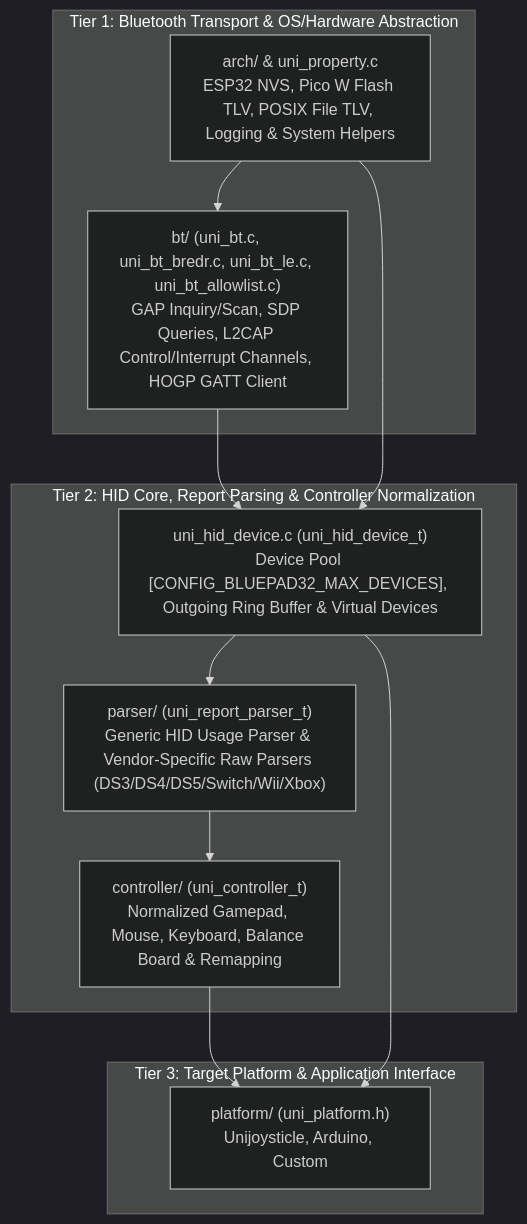
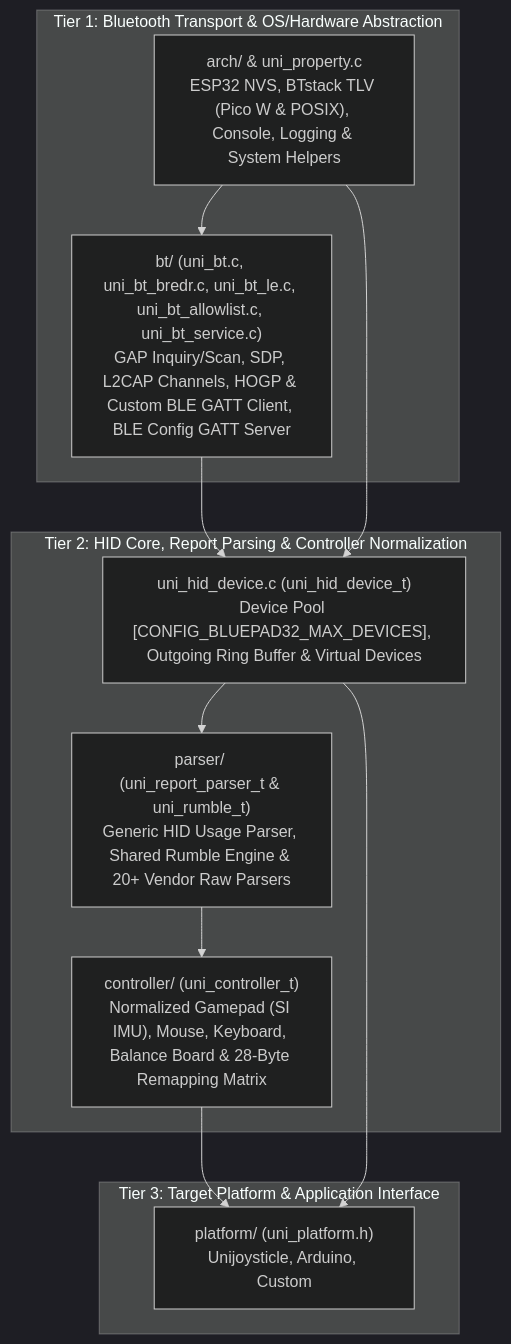
The first of 3 diagrams in docs/architecture.md (ricardoquesada/bluepad32), drawn with Mermaid (dark theme) before and after one commit. The commit also changed other lines of this file, not shown here.

Commit message:
update architecture with v5.0 changes

````diff
--- a/docs/architecture.md
+++ b/docs/architecture.md
@@ -65,25 +65,25 @@
 ```mermaid
 flowchart TB
     subgraph Tier3["Tier 3: Target Platform & Application Interface"]
         PLAT["platform/ (uni_platform.h)<br/>Unijoysticle, Arduino, Custom"]
     end
 
     subgraph Tier2["Tier 2: HID Core, Report Parsing & Controller Normalization"]
-        CTL["controller/ (uni_controller_t)<br/>Normalized Gamepad, Mouse, Keyboard, Balance Board & Remapping"]
-        PAR["parser/ (uni_report_parser_t)<br/>Generic HID Usage Parser & Vendor-Specific Raw Parsers (DS3/DS4/DS5/Switch/Wii/Xbox)"]
+        CTL["controller/ (uni_controller_t)<br/>Normalized Gamepad (SI IMU), Mouse, Keyboard, Balance Board & 28-Byte Remapping Matrix"]
+        PAR["parser/ (uni_report_parser_t & uni_rumble_t)<br/>Generic HID Usage Parser, Shared Rumble Engine & 20+ Vendor Raw Parsers"]
         DEV["uni_hid_device.c (uni_hid_device_t)<br/>Device Pool [CONFIG_BLUEPAD32_MAX_DEVICES], Outgoing Ring Buffer & Virtual Devices"]
     end
 
     subgraph Tier1["Tier 1: Bluetooth Transport & OS/Hardware Abstraction"]
-        BT["bt/ (uni_bt.c, uni_bt_bredr.c, uni_bt_le.c, uni_bt_allowlist.c)<br/>GAP Inquiry/Scan, SDP Queries, L2CAP Control/Interrupt Channels, HOGP GATT Client"]
-        ARCH["arch/ & uni_property.c<br/>ESP32 NVS, Pico W Flash TLV, POSIX File TLV, Logging & System Helpers"]
+        BT["bt/ (uni_bt.c, uni_bt_bredr.c, uni_bt_le.c, uni_bt_allowlist.c, uni_bt_service.c)<br/>GAP Inquiry/Scan, SDP, L2CAP Channels, HOGP & Custom BLE GATT Client, BLE Config GATT Server"]
+        ARCH["arch/ & uni_property.c<br/>ESP32 NVS, BTstack TLV (Pico W & POSIX), Console, Logging & System Helpers"]
     end
 
     BT --> DEV
     ARCH --> BT
     ARCH --> DEV
     DEV --> PAR
     PAR --> CTL
     CTL --> PLAT
     DEV --> PLAT
 ```
````
